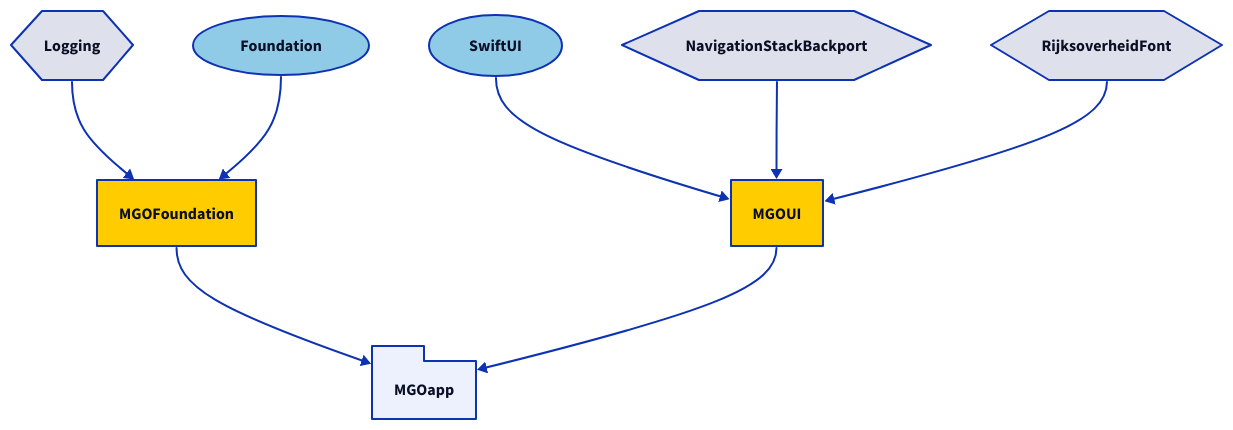
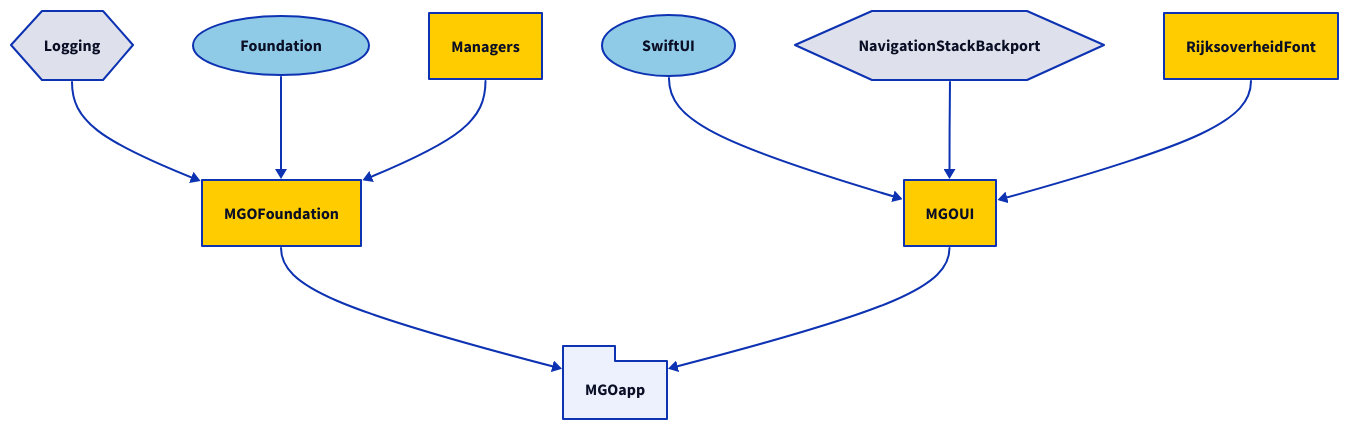
Before and after one commit to minvws/nl-mgo-app-ios: the diagram in Diagrams/packages-withouttests.d2, drawn with D2. The commit also changed 11 other files, not shown here.

```diff
--- a/Diagrams/packages-withouttests.d2
+++ b/Diagrams/packages-withouttests.d2
@@ -1,42 +1,44 @@
 direction: down
 
 # Apple
 SwiftUI: {
   shape: oval
   style.fill: "#8FCAE7"
 }
 Foundation: {
   shape: oval
   style.fill: "#8FCAE7"
 }
 
 # Third-Party
 NavigationStackBackport: {
   shape: hexagon
 }
 Logging: {
   shape: hexagon
 }
-RijksoverheidFont: {
-  shape: hexagon
-}
 
 # The application
 
 MGOapp: {
   shape: package
 }
 
 MGOapp <- MGOFoundation
 MGOapp <- MGOUI
 
 # - Packages - 
 
 MGOFoundation { style.fill: "#ffcc00" }
 MGOFoundation <- Logging
 MGOFoundation <- Foundation
+MGOFoundation <- Managers
 
 MGOUI { style.fill: "#ffcc00" }
 MGOUI <- SwiftUI
 MGOUI <- NavigationStackBackport
 MGOUI <- RijksoverheidFont
+
+Managers { style.fill: "#ffcc00" }
+
+RijksoverheidFont { style.fill: "#ffcc00" }
```
